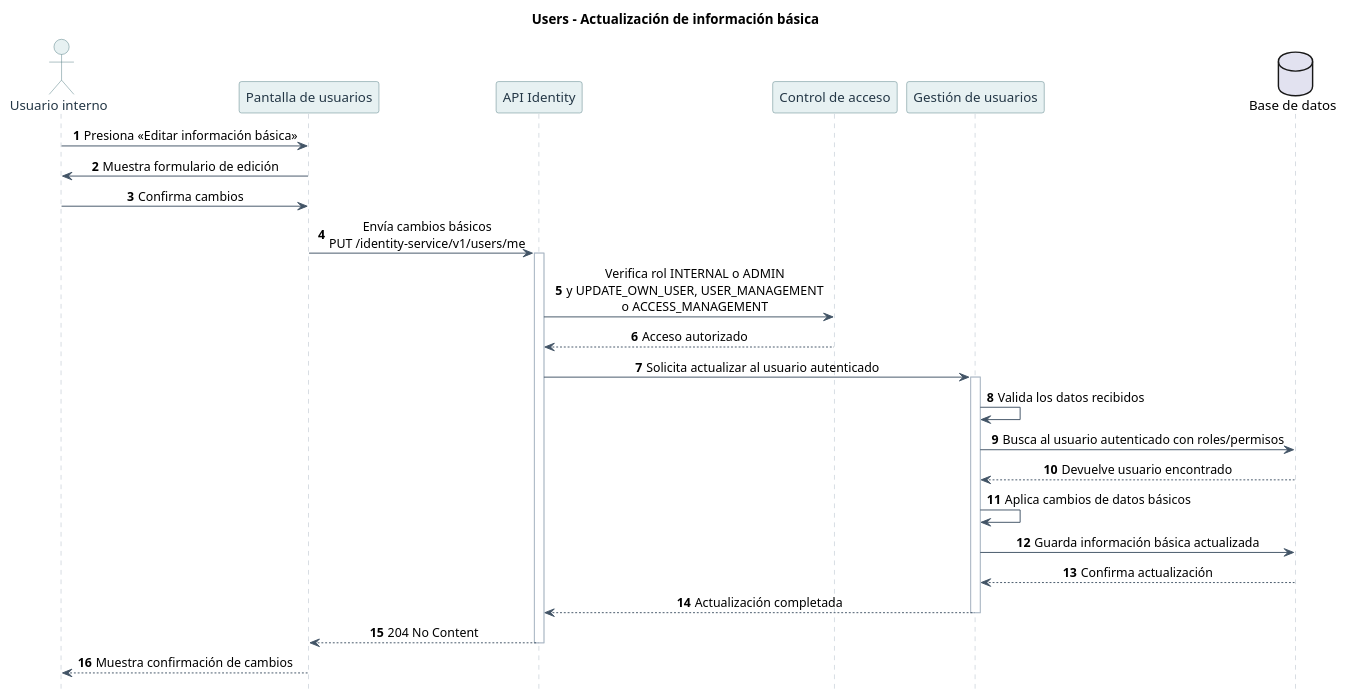
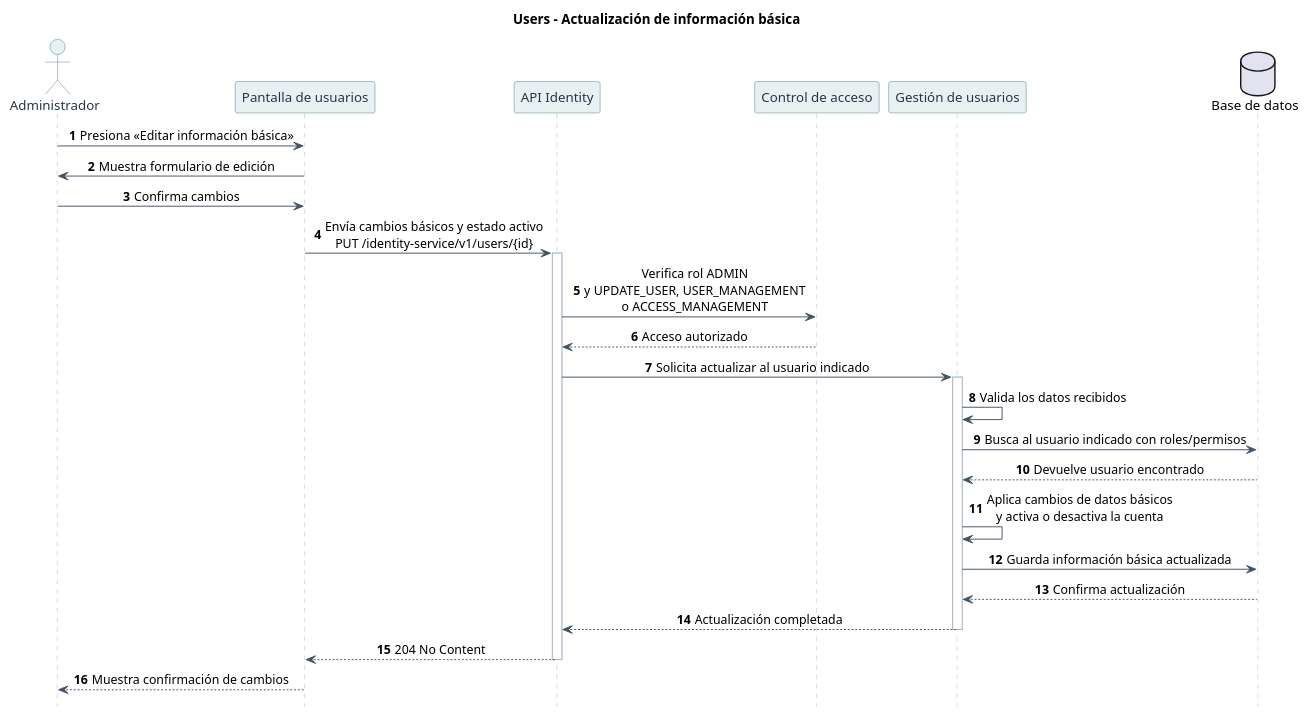
Before and after one commit to U25256708/identity-service: the diagram in docs/diagrams/users/sequence/04-update-user-sd.puml, drawn with PlantUML. The commit also changed 34 other files, not shown here.

```diff
--- a/docs/diagrams/users/sequence/04-update-user-sd.puml
+++ b/docs/diagrams/users/sequence/04-update-user-sd.puml
@@ -1,50 +1,50 @@
 @startuml
 title Users - Actualización de información básica
 skinparam shadowing false
 skinparam sequenceMessageAlign center
 skinparam backgroundColor #FFFFFF
 skinparam sequence {
   ArrowColor #425466
   LifeLineBorderColor #AAB7C4
   LifeLineBackgroundColor #FFFFFF
   ParticipantBorderColor #527C82
   ParticipantBackgroundColor #E7F1F2
   ParticipantFontColor #243746
   ActorBorderColor #527C82
   ActorBackgroundColor #E7F1F2
   ActorFontColor #243746
   ActivationBorderColor #D5AA3A
   ActivationBackgroundColor #F8E7A1
 }
 hide footbox
 autonumber
 
-actor "Usuario interno" as User
+actor "Administrador" as User
 participant "Pantalla de usuarios" as UI
 participant "API Identity" as API
 participant "Control de acceso" as Security
 participant "Gestión de usuarios" as Users
 database "Base de datos" as DB
 
 User -> UI: Presiona «Editar información básica»
 UI -> User: Muestra formulario de edición
 User -> UI: Confirma cambios
-UI -> API: Envía cambios básicos\nPUT /identity-service/v1/users/me
+UI -> API: Envía cambios básicos y estado activo\nPUT /identity-service/v1/users/{id}
 activate API
-API -> Security: Verifica rol INTERNAL o ADMIN\ny UPDATE_OWN_USER, USER_MANAGEMENT\no ACCESS_MANAGEMENT
+API -> Security: Verifica rol ADMIN\ny UPDATE_USER, USER_MANAGEMENT\no ACCESS_MANAGEMENT
 Security --> API: Acceso autorizado
-API -> Users: Solicita actualizar al usuario autenticado
+API -> Users: Solicita actualizar al usuario indicado
 activate Users
 Users -> Users: Valida los datos recibidos
-Users -> DB: Busca al usuario autenticado con roles/permisos
+Users -> DB: Busca al usuario indicado con roles/permisos
 DB --> Users: Devuelve usuario encontrado
-Users -> Users: Aplica cambios de datos básicos
+Users -> Users: Aplica cambios de datos básicos\ny activa o desactiva la cuenta
 Users -> DB: Guarda información básica actualizada
 DB --> Users: Confirma actualización
 Users --> API: Actualización completada
 deactivate Users
 API --> UI: 204 No Content
 deactivate API
 UI --> User: Muestra confirmación de cambios
 
 @enduml
```
